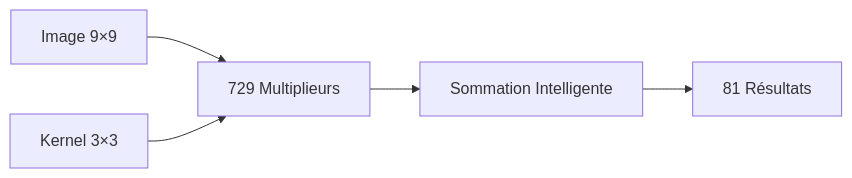
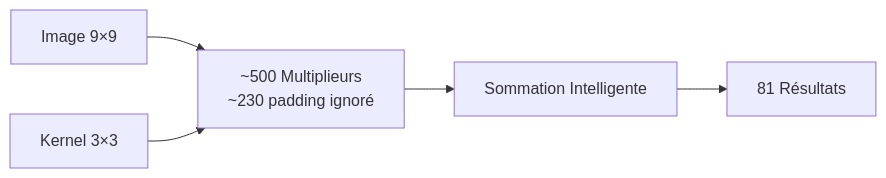
One commit to jalcim/logilib changed the first of 10 diagrams in src/tensor/README_FR.md. Above: the diagram before and after it, drawn with Mermaid. The commit also changed other lines of this file and 1 other file, not shown here.

````diff
--- a/src/tensor/README_FR.md
+++ b/src/tensor/README_FR.md
@@ -21,7 +21,7 @@
 ```mermaid
 graph LR
-    A[Image 9×9] --> B[729 Multiplieurs]
+    A[Image 9×9] --> B[~500 Multiplieurs<br/>~230 padding ignoré]
     C[Kernel 3×3] --> B
     B --> D[Sommation Intelligente]
     D --> E[81 Résultats]
 ```
````
